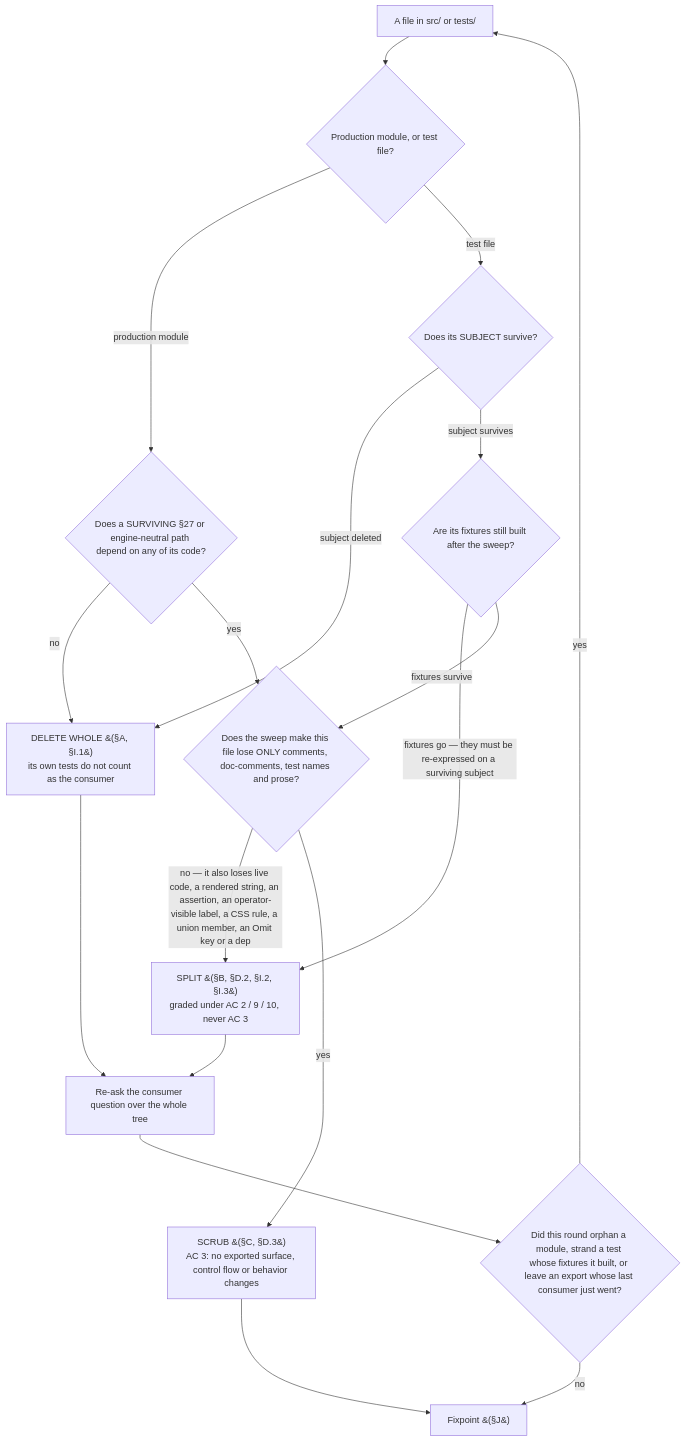
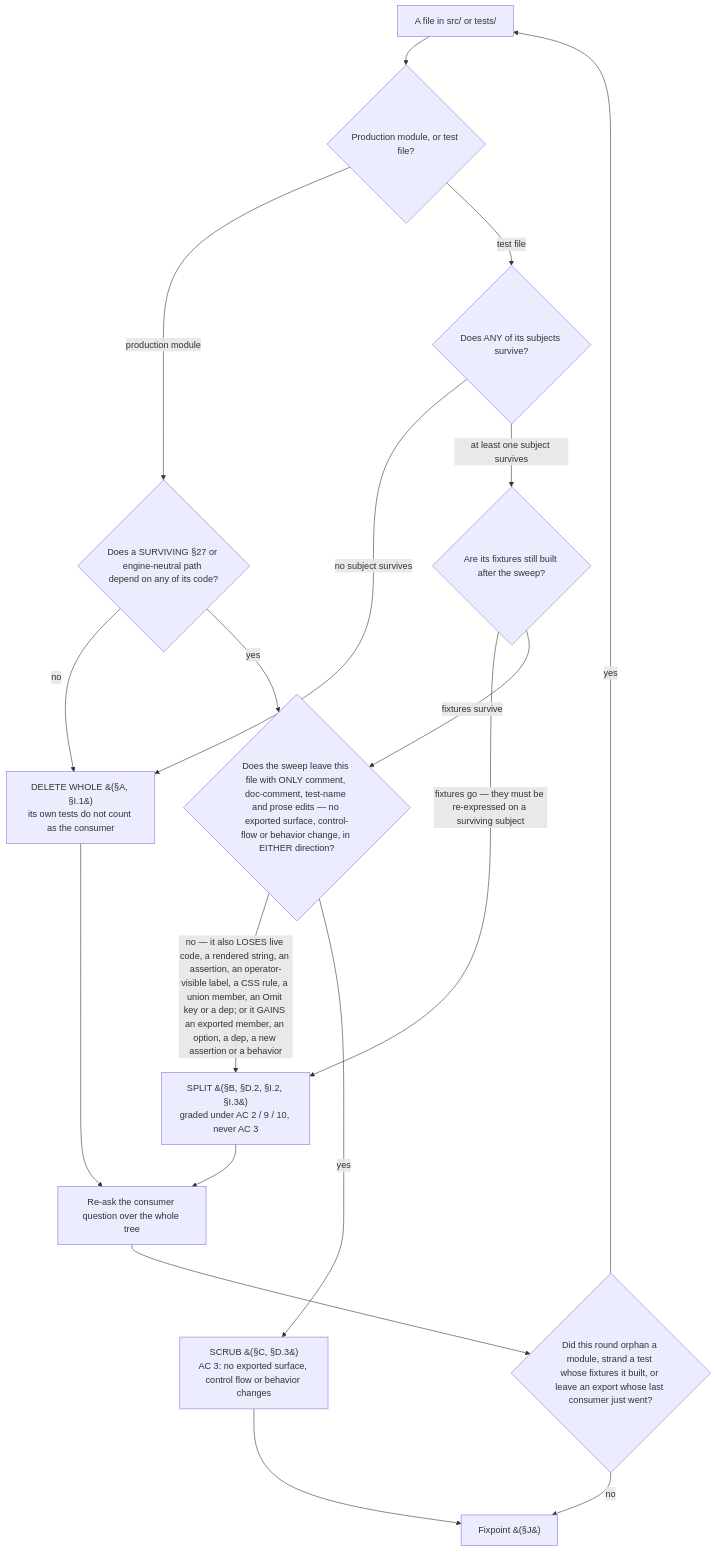
Before and after one commit to dylanb/agent-terminal: the diagram in docs/n8-deletion-list.md, drawn with Mermaid. The commit also changed other lines of this file, not shown here.

First line of the commit message:
docs(n8-list): close the AC 5 blocker, and register what the sweep actually adds

````diff
--- a/docs/n8-deletion-list.md
+++ b/docs/n8-deletion-list.md
@@ -110,20 +135,20 @@
 ```mermaid
 flowchart TD
   F["A file in src/ or tests/"] --> K{"Production module, or test file?"}
   K -->|"production module"| Q1{"Does a SURVIVING §27 or engine-neutral path depend on any of its code?"}
-  K -->|"test file"| QT{"Does its SUBJECT survive?"}
+  K -->|"test file"| QT{"Does ANY of its subjects survive?"}
   Q1 -->|"no"| DW["DELETE WHOLE &#40;§A, §I.1&#41;<br/>its own tests do not count as the consumer"]
-  QT -->|"subject deleted"| DW
-  QT -->|"subject survives"| QF{"Are its fixtures still built after the sweep?"}
+  QT -->|"no subject survives"| DW
+  QT -->|"at least one subject survives"| QF{"Are its fixtures still built after the sweep?"}
   QF -->|"fixtures go — they must be re-expressed on a surviving subject"| SP
   QF -->|"fixtures survive"| Q2
-  Q1 -->|"yes"| Q2{"Does the sweep make this file lose ONLY comments, doc-comments, test names and prose?"}
-  Q2 -->|"no — it also loses live code, a rendered string, an assertion, an operator-visible label, a CSS rule, a union member, an Omit key or a dep"| SP["SPLIT &#40;§B, §D.2, §I.2, §I.3&#41;<br/>graded under AC 2 / 9 / 10, never AC 3"]
+  Q1 -->|"yes"| Q2{"Does the sweep leave this file with ONLY comment, doc-comment, test-name and prose edits — no exported surface, control-flow or behavior change, in EITHER direction?"}
+  Q2 -->|"no — it also LOSES live code, a rendered string, an assertion, an operator-visible label, a CSS rule, a union member, an Omit key or a dep; or it GAINS an exported member, an option, a dep, a new assertion or a behavior"| SP["SPLIT &#40;§B, §D.2, §I.2, §I.3&#41;<br/>graded under AC 2 / 9 / 10, never AC 3"]
   Q2 -->|"yes"| SC["SCRUB &#40;§C, §D.3&#41;<br/>AC 3: no exported surface, control flow or behavior changes"]
   DW --> FIX["Re-ask the consumer question over the whole tree"]
   SP --> FIX
   FIX --> Q3{"Did this round orphan a module, strand a test whose fixtures it built, or leave an export whose last consumer just went?"}
   Q3 -->|"yes"| F
   Q3 -->|"no"| DONE["Fixpoint &#40;§J&#41;"]
   SC --> DONE
 ```
````
